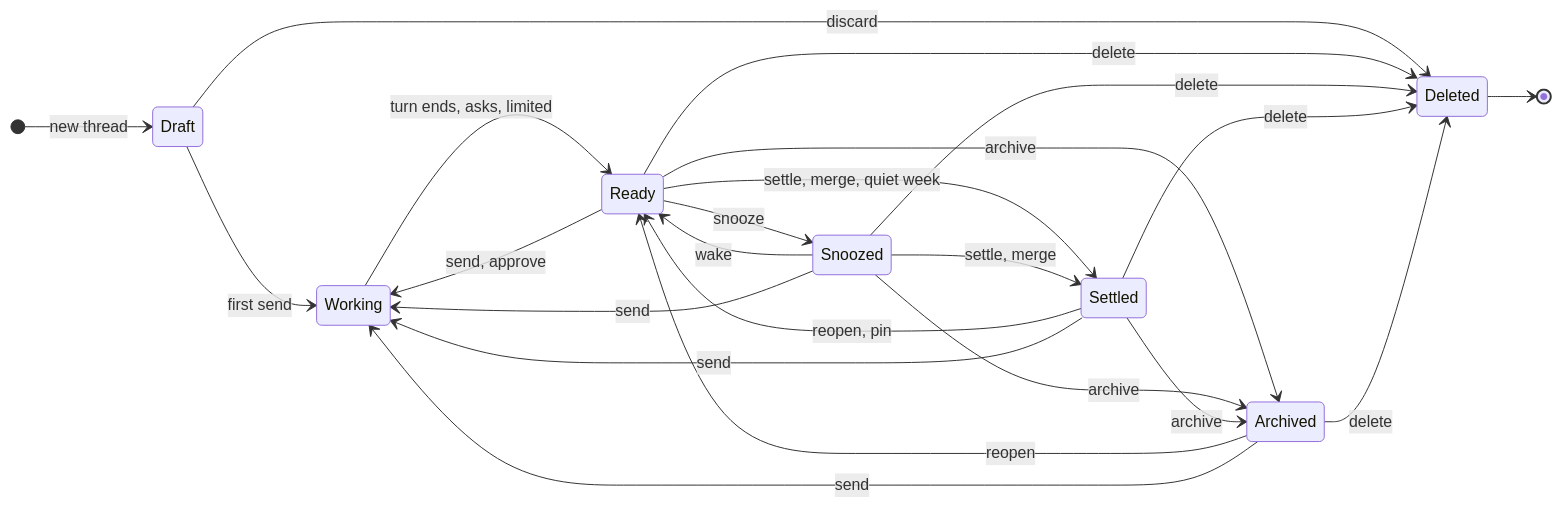
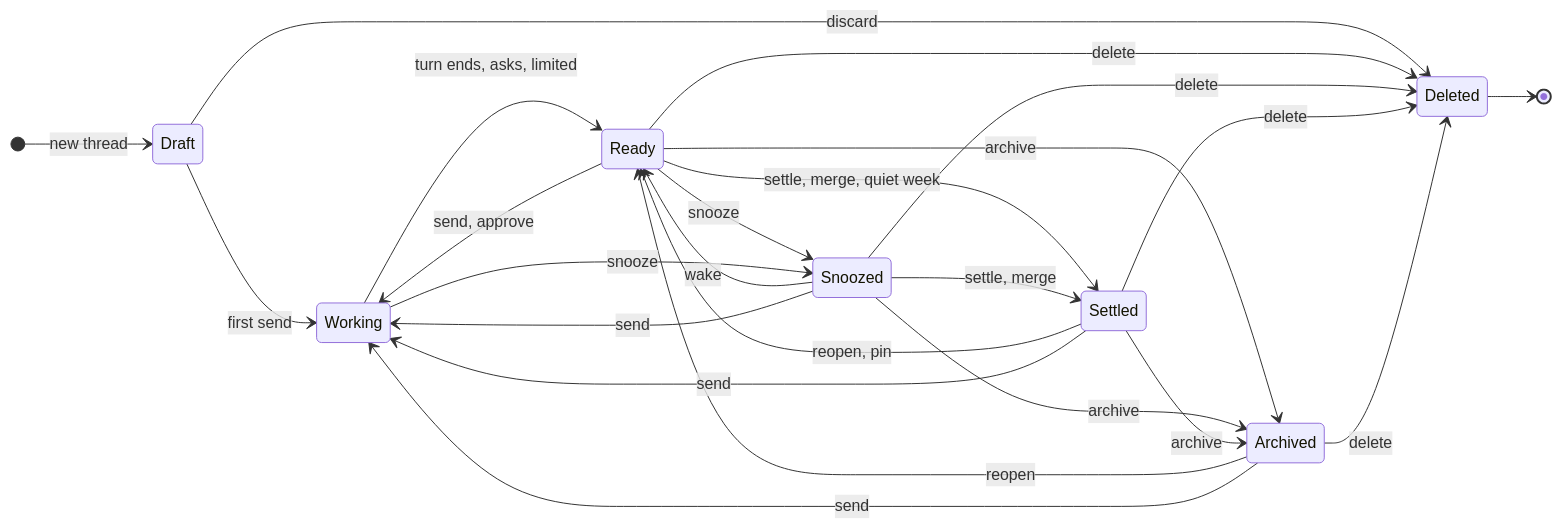
Diagram 14 of 18 in docs/arch.md (hinadev-ai/hinacode), drawn with Mermaid before and after one commit. The commit also changed 6 other files, not shown here.

````diff
--- a/docs/arch.md
+++ b/docs/arch.md
@@ -529,26 +529,27 @@
 ```mermaid
 stateDiagram-v2
   direction LR
   [*] --> Draft: new thread
   Draft --> Working: first send
   Draft --> Deleted: discard
   Working --> Ready: turn ends, asks, limited
   Ready --> Working: send, approve
   Ready --> Snoozed: snooze
+  Working --> Snoozed: snooze
   Snoozed --> Ready: wake
   Snoozed --> Working: send
   Ready --> Settled: settle, merge, quiet week
   Snoozed --> Settled: settle, merge
   Settled --> Ready: reopen, pin
   Settled --> Working: send
   Ready --> Archived: archive
   Snoozed --> Archived: archive
   Settled --> Archived: archive
   Archived --> Ready: reopen
   Archived --> Working: send
   Ready --> Deleted: delete
   Snoozed --> Deleted: delete
   Settled --> Deleted: delete
   Archived --> Deleted: delete
   Deleted --> [*]
 ```
````
